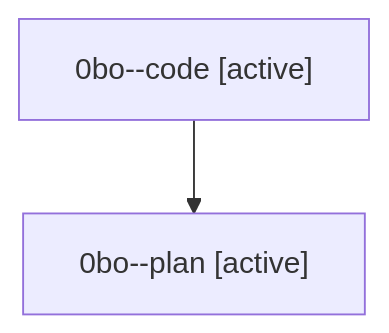
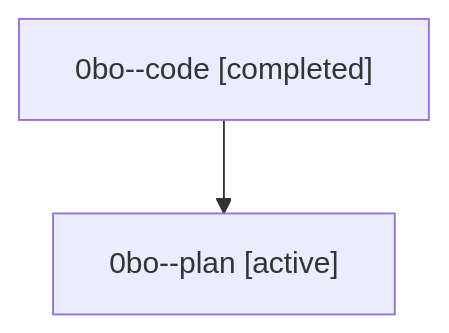
One commit to sase-org/sase--agents changed the diagram in families/bbugyi200.athena.0bo.md. Above: the diagram before and after it, drawn with Mermaid. The commit also changed other lines of this file and 35830 other files, not shown here.

````diff
--- a/families/bbugyi200.athena.0bo.md
+++ b/families/bbugyi200.athena.0bo.md
@@ -9,6 +9,6 @@
 ```mermaid
 flowchart TD
-  n0["0bo--code [active]"]
+  n0["0bo--code [completed]"]
   n1["0bo--plan [active]"]
   n0 --> n1
 ```
````
